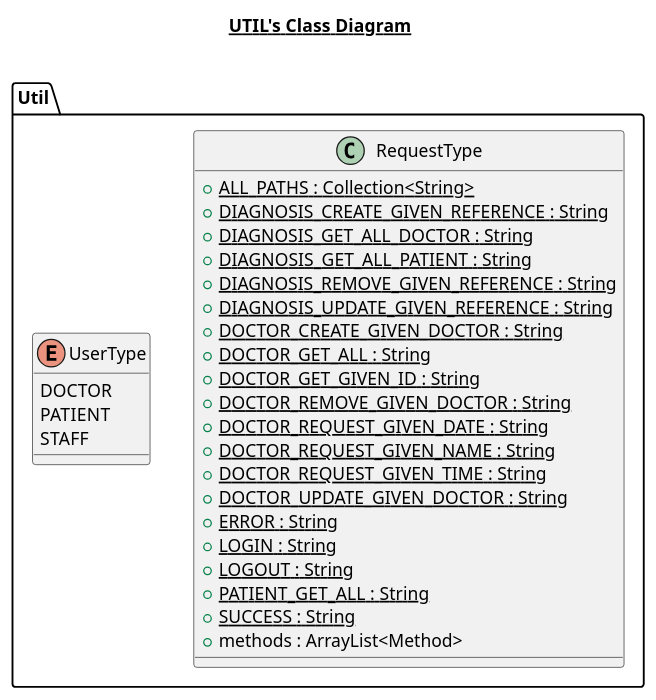
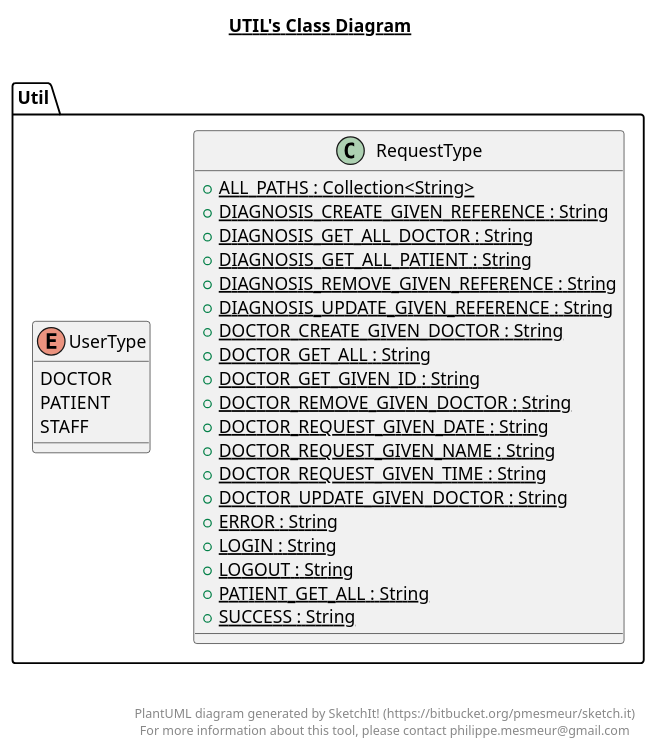
The diagram in src/Util/Util.plantuml (AidanJohnston/Omar), drawn with PlantUML before and after one commit. The commit also changed 8 other files, not shown here.

Commit message:
PlantUML

```diff
--- a/src/Util/Util.plantuml
+++ b/src/Util/Util.plantuml
@@ -1,40 +1,48 @@
 @startuml
 
 title __UTIL's Class Diagram__\n
 
   namespace Util {
     class Util.RequestType {
         {static} + ALL_PATHS : Collection<String>
         {static} + DIAGNOSIS_CREATE_GIVEN_REFERENCE : String
         {static} + DIAGNOSIS_GET_ALL_DOCTOR : String
         {static} + DIAGNOSIS_GET_ALL_PATIENT : String
         {static} + DIAGNOSIS_REMOVE_GIVEN_REFERENCE : String
         {static} + DIAGNOSIS_UPDATE_GIVEN_REFERENCE : String
         {static} + DOCTOR_CREATE_GIVEN_DOCTOR : String
         {static} + DOCTOR_GET_ALL : String
         {static} + DOCTOR_GET_GIVEN_ID : String
         {static} + DOCTOR_REMOVE_GIVEN_DOCTOR : String
         {static} + DOCTOR_REQUEST_GIVEN_DATE : String
         {static} + DOCTOR_REQUEST_GIVEN_NAME : String
         {static} + DOCTOR_REQUEST_GIVEN_TIME : String
         {static} + DOCTOR_UPDATE_GIVEN_DOCTOR : String
         {static} + ERROR : String
         {static} + LOGIN : String
         {static} + LOGOUT : String
         {static} + PATIENT_GET_ALL : String
         {static} + SUCCESS : String
-        + methods : ArrayList<Method>
     }
   }
   
 
   namespace Util {
     enum UserType {
       DOCTOR
       PATIENT
       STAFF
     }
   }
+  
 
 
+
+right footer
+
+
+PlantUML diagram generated by SketchIt! (https://bitbucket.org/pmesmeur/sketch.it)
+For more information about this tool, please contact philippe.mesmeur@gmail.com
+endfooter
+
 @enduml
```
